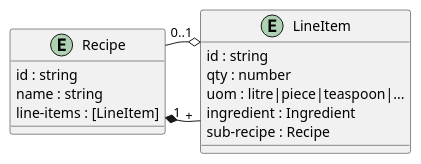
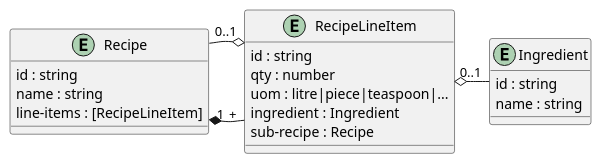
The first of 2 diagrams in cookbook/dynamic-recursion/dynamic-recursion.adoc (fulcro-community/fulcro-cookbook), drawn with PlantUML before and after one commit. The commit also changed other lines of this file and 8 other files, not shown here.

Commit message:
Add df/load diagram, more text, bb render

```diff
--- a/cookbook/dynamic-recursion/dynamic-recursion.adoc
+++ b/cookbook/dynamic-recursion/dynamic-recursion.adoc
@@ -30,19 +40,24 @@
 [plantuml,data-model,png]
 .... 
 @startuml
 entity Recipe {
   id : string
   name : string
-  line-items : [LineItem]
+  line-items : [RecipeLineItem]
 }
-entity LineItem {
+entity RecipeLineItem {
   id : string
   qty : number
   uom : litre|piece|teaspoon|...
   ingredient : Ingredient
   sub-recipe : Recipe
 }
-Recipe "1" *- "+" LineItem
-LineItem o- "0..1" Recipe
+entity Ingredient {
+  id : string
+  name : string
+}
+Recipe "1" *- "+" RecipeLineItem
+RecipeLineItem o- "0..1" Recipe
+RecipeLineItem o- "0..1" Ingredient
 @enduml
 ....
```
